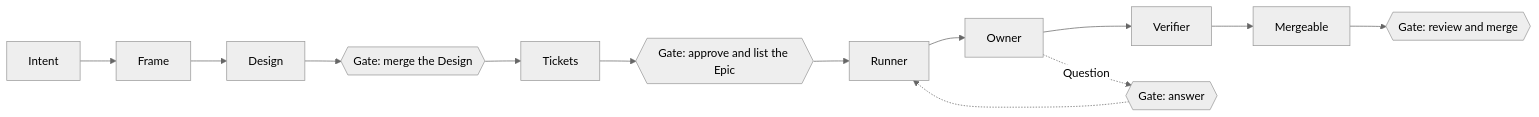
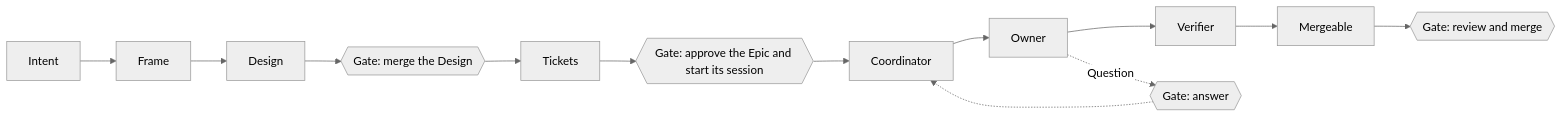
Before and after one commit to maro114510/skills: the first of 5 diagrams in docs/design/development-pipeline.md, drawn with Mermaid (neutral theme). The commit also changed other lines of this file and 2 other files, not shown here.

First line of the commit message:
docs(orchestrate-epic): remove the Runner and stale statements

````diff
--- a/docs/design/development-pipeline.md
+++ b/docs/design/development-pipeline.md
@@ -7,15 +7,15 @@
 ```mermaid
 flowchart LR
   I[Intent] --> F[Frame]
   F --> D[Design]
   D --> G1{{Gate: merge the Design}}
   G1 --> T[Tickets]
-  T --> G2{{Gate: approve and list the Epic}}
-  G2 --> R[Runner]
-  R --> O[Owner]
+  T --> G2{{Gate: approve the Epic and start its session}}
+  G2 --> C[Coordinator]
+  C --> O[Owner]
   O --> V[Verifier]
   V --> M[Mergeable]
   M --> G3{{Gate: review and merge}}
   O -. Question .-> G4{{Gate: answer}}
-  G4 -.-> R
+  G4 -.-> C
 ```
````
